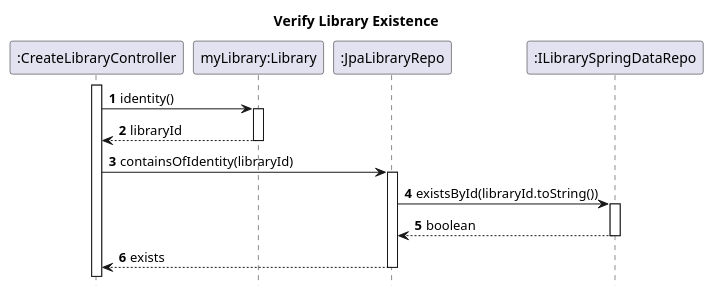
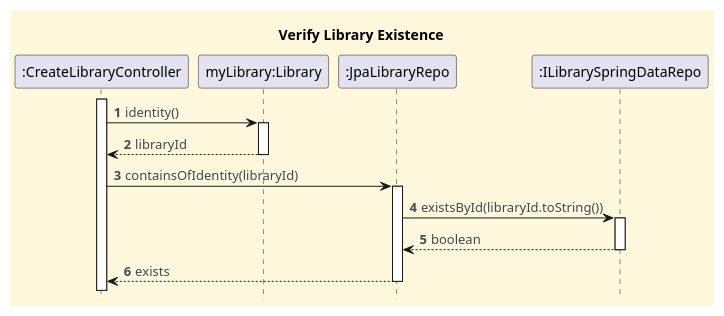
One commit to CarolinaLeite-collab/JavaMarketplacePlatform changed the diagram in docs/functionalities/user/create-my-library/sd-ref-diagrams/Verify_Library_Existence.puml. Above: the diagram before and after it, drawn with PlantUML.

Commit message:
task: Style correction to VerifyLibraryExistence ref. diagram for CreateMyLibrary, #639

```diff
--- a/docs/functionalities/user/create-my-library/sd-ref-diagrams/Verify_Library_Existence.puml
+++ b/docs/functionalities/user/create-my-library/sd-ref-diagrams/Verify_Library_Existence.puml
@@ -1,27 +1,39 @@
 @startuml
 title "Verify Library Existence"
+
+'==== basic style ====
+skinparam monochrome false
+skinparam shadowing false
+skinparam defaultFontName Futura
+skinparam objectFontSize 20
+skinparam backgroundColor CornSilk
+skinparam objectBackgroundColor WhiteSmoke
+skinparam noteBackgroundColor #FFFFE0
+skinparam ArrowFontColor #3B4953
+skinparam ActivationBackgroundColor black
+
 hide footbox
 autonumber
 
 participant ":CreateLibraryController" as CTL
 participant "myLibrary:Library" as LIB
 participant ":JpaLibraryRepo" as JPAREPO
 participant ":ILibrarySpringDataRepo" as SDREPO
 
 activate CTL
 CTL -> LIB : identity()
 activate LIB
 LIB --> CTL : libraryId
 deactivate LIB
 
 CTL -> JPAREPO : containsOfIdentity(libraryId)
 activate JPAREPO
 
 JPAREPO -> SDREPO : existsById(libraryId.toString())
 activate SDREPO
 SDREPO --> JPAREPO : boolean
 deactivate SDREPO
 
 JPAREPO --> CTL : exists
 deactivate JPAREPO
 @enduml
```
